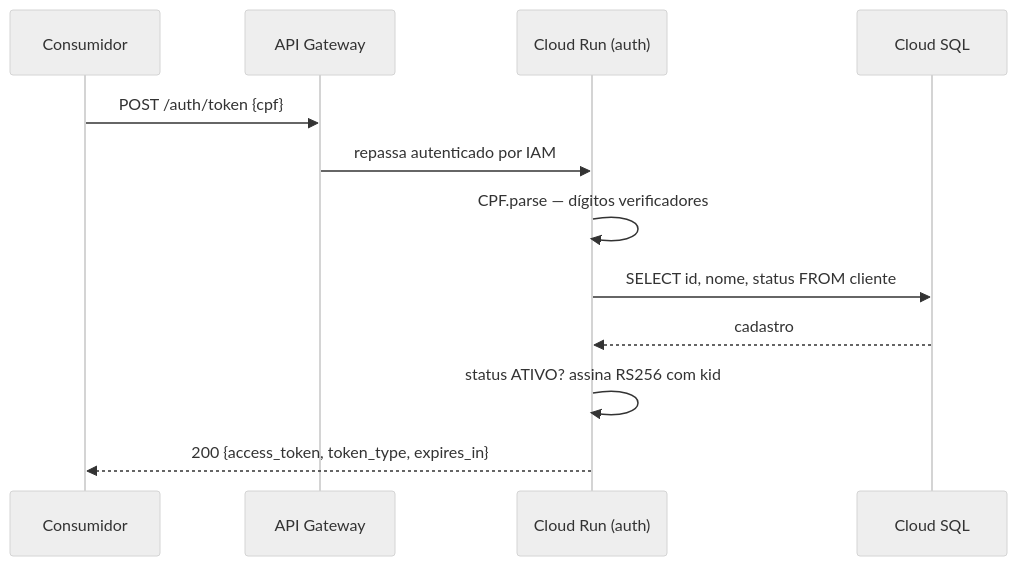
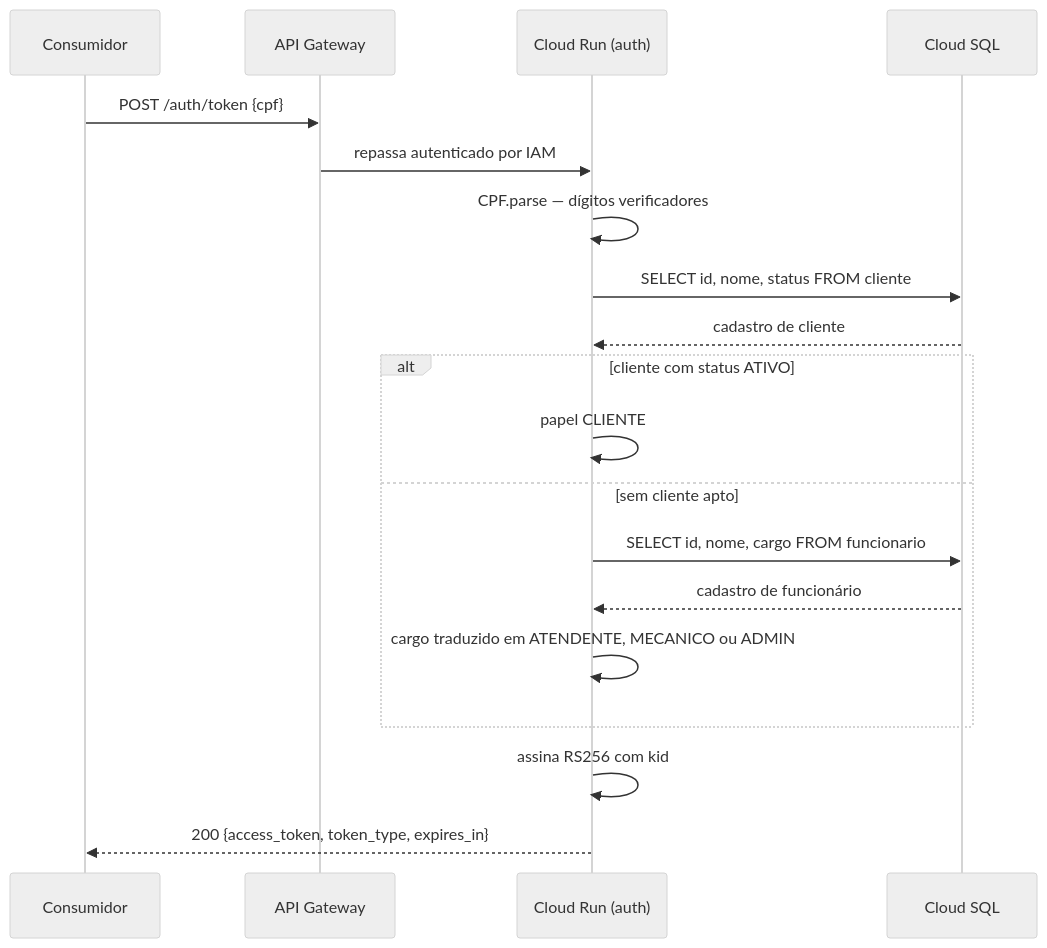
Before and after one commit to iuriian/tech-challenge-auth: the third of 4 diagrams in docs/arquitetura.md, drawn with Mermaid (neutral theme). The commit also changed other lines of this file and 4 other files, not shown here.

````diff
--- a/docs/arquitetura.md
+++ b/docs/arquitetura.md
@@ -126,14 +139,21 @@
 ```mermaid
 sequenceDiagram
     participant C as Consumidor
     participant G as API Gateway
     participant S as Cloud Run (auth)
     participant DB as Cloud SQL
     C->>G: POST /auth/token {cpf}
     G->>S: repassa autenticado por IAM
     S->>S: CPF.parse — dígitos verificadores
     S->>DB: SELECT id, nome, status FROM cliente
-    DB-->>S: cadastro
-    S->>S: status ATIVO? assina RS256 com kid
+    DB-->>S: cadastro de cliente
+    alt cliente com status ATIVO
+        S->>S: papel CLIENTE
+    else sem cliente apto
+        S->>DB: SELECT id, nome, cargo FROM funcionario
+        DB-->>S: cadastro de funcionário
+        S->>S: cargo traduzido em ATENDENTE, MECANICO ou ADMIN
+    end
+    S->>S: assina RS256 com kid
     S-->>C: 200 {access_token, token_type, expires_in}
 ```
````
